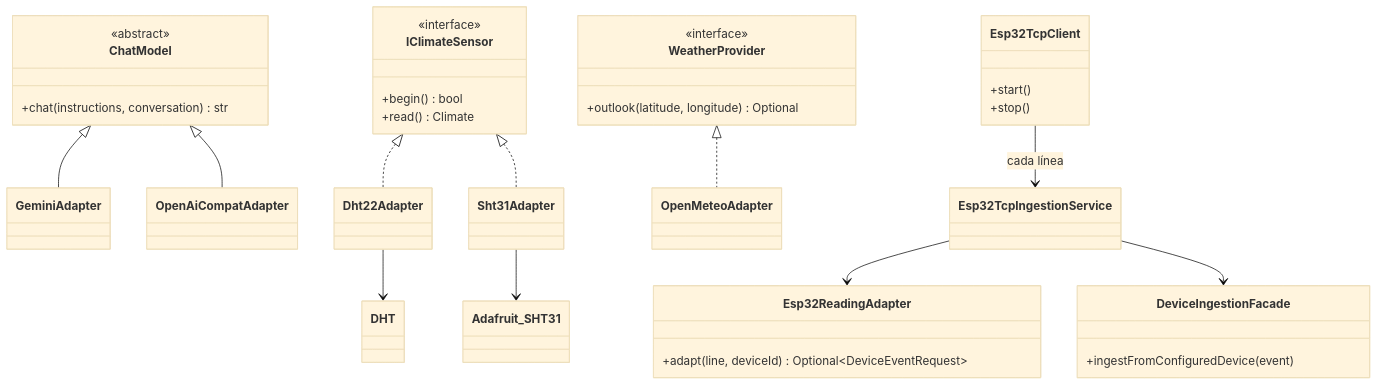
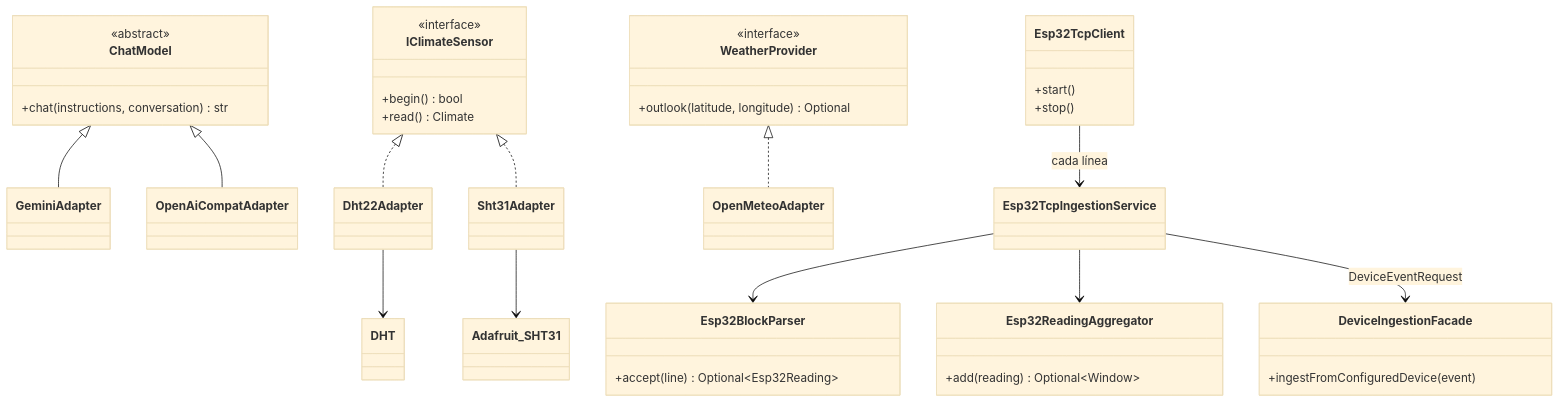
The sixth of 11 diagrams in docs/PATRONES.md (WilliamChavez-Grupo2b/BACKEND-AGROSENSE), drawn with Mermaid (base theme) before and after one commit. The commit also changed other lines of this file and 5 other files, not shown here.

Commit message:
docs: describe the real ESP32, its block protocol, its risks and the demo steps

````diff
--- a/docs/PATRONES.md
+++ b/docs/PATRONES.md
@@ -281,47 +281,51 @@
 ```mermaid
 classDiagram
     class ChatModel {
         <<abstract>>
         +chat(instructions, conversation) str
     }
     class GeminiAdapter
     class OpenAiCompatAdapter
     ChatModel <|-- GeminiAdapter
     ChatModel <|-- OpenAiCompatAdapter
 
     class IClimateSensor {
         <<interface>>
         +begin() bool
         +read() Climate
     }
     class Dht22Adapter
     class Sht31Adapter
     class DHT
     class Adafruit_SHT31
     IClimateSensor <|.. Dht22Adapter
     IClimateSensor <|.. Sht31Adapter
     Dht22Adapter --> DHT
     Sht31Adapter --> Adafruit_SHT31
 
     class WeatherProvider {
         <<interface>>
         +outlook(latitude, longitude) Optional
     }
     class OpenMeteoAdapter
     WeatherProvider <|.. OpenMeteoAdapter
 
     class Esp32TcpClient {
         +start()
         +stop()
     }
-    class Esp32ReadingAdapter {
-        +adapt(line, deviceId) Optional~DeviceEventRequest~
+    class Esp32BlockParser {
+        +accept(line) Optional~Esp32Reading~
+    }
+    class Esp32ReadingAggregator {
+        +add(reading) Optional~Window~
     }
     class Esp32TcpIngestionService
     class DeviceIngestionFacade {
         +ingestFromConfiguredDevice(event)
     }
     Esp32TcpClient --> Esp32TcpIngestionService : cada línea
-    Esp32TcpIngestionService --> Esp32ReadingAdapter
-    Esp32TcpIngestionService --> DeviceIngestionFacade
+    Esp32TcpIngestionService --> Esp32BlockParser
+    Esp32TcpIngestionService --> Esp32ReadingAggregator
+    Esp32TcpIngestionService --> DeviceIngestionFacade : DeviceEventRequest
 ```
````
